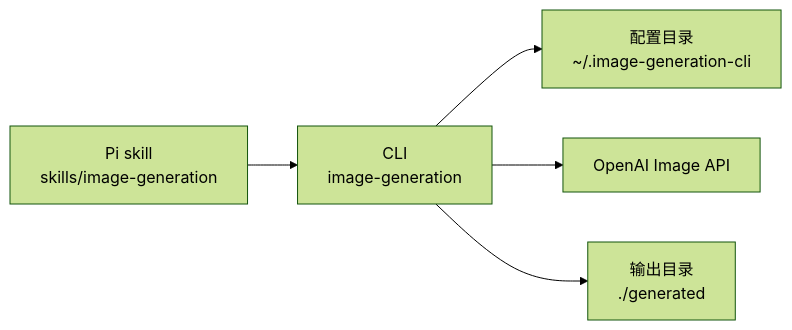
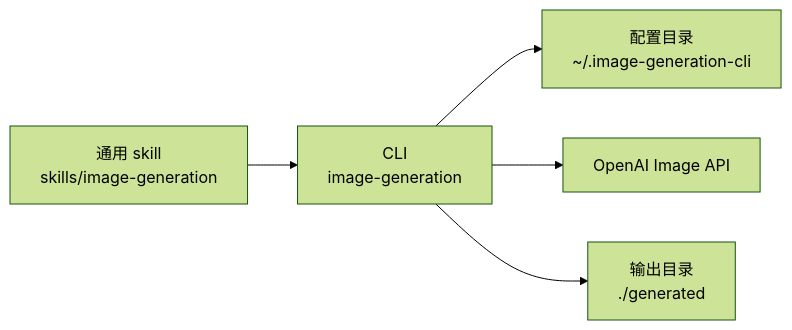
Before and after one commit to EnderLiquid/image-generation-cli: the first of 2 diagrams in docs/tasks/26-11-16-image-generation-cli/design.md, drawn with Mermaid (forest theme). The commit also changed other lines of this file and 5 other files, not shown here.

````diff
--- a/docs/tasks/26-11-16-image-generation-cli/design.md
+++ b/docs/tasks/26-11-16-image-generation-cli/design.md
@@ -50,7 +50,7 @@
 ```mermaid
 flowchart LR
-  S["Pi skill<br/>skills/image-generation"] --> C["CLI<br/>image-generation"]
+  S["通用 skill<br/>skills/image-generation"] --> C["CLI<br/>image-generation"]
   C --> F["配置目录<br/>~/.image-generation-cli"]
   C --> A["OpenAI Image API"]
   C --> O["输出目录<br/>./generated"]
 ```
````
